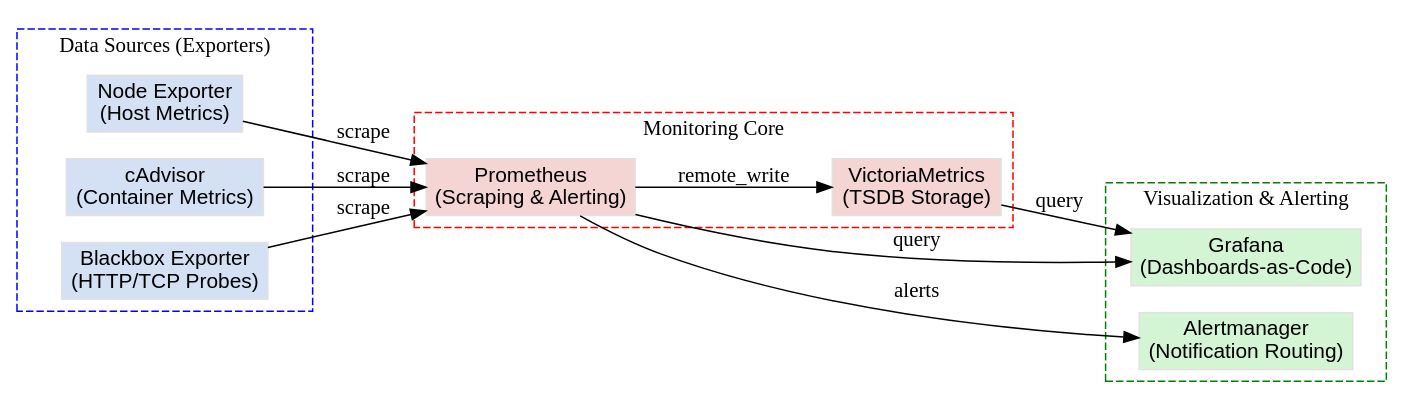
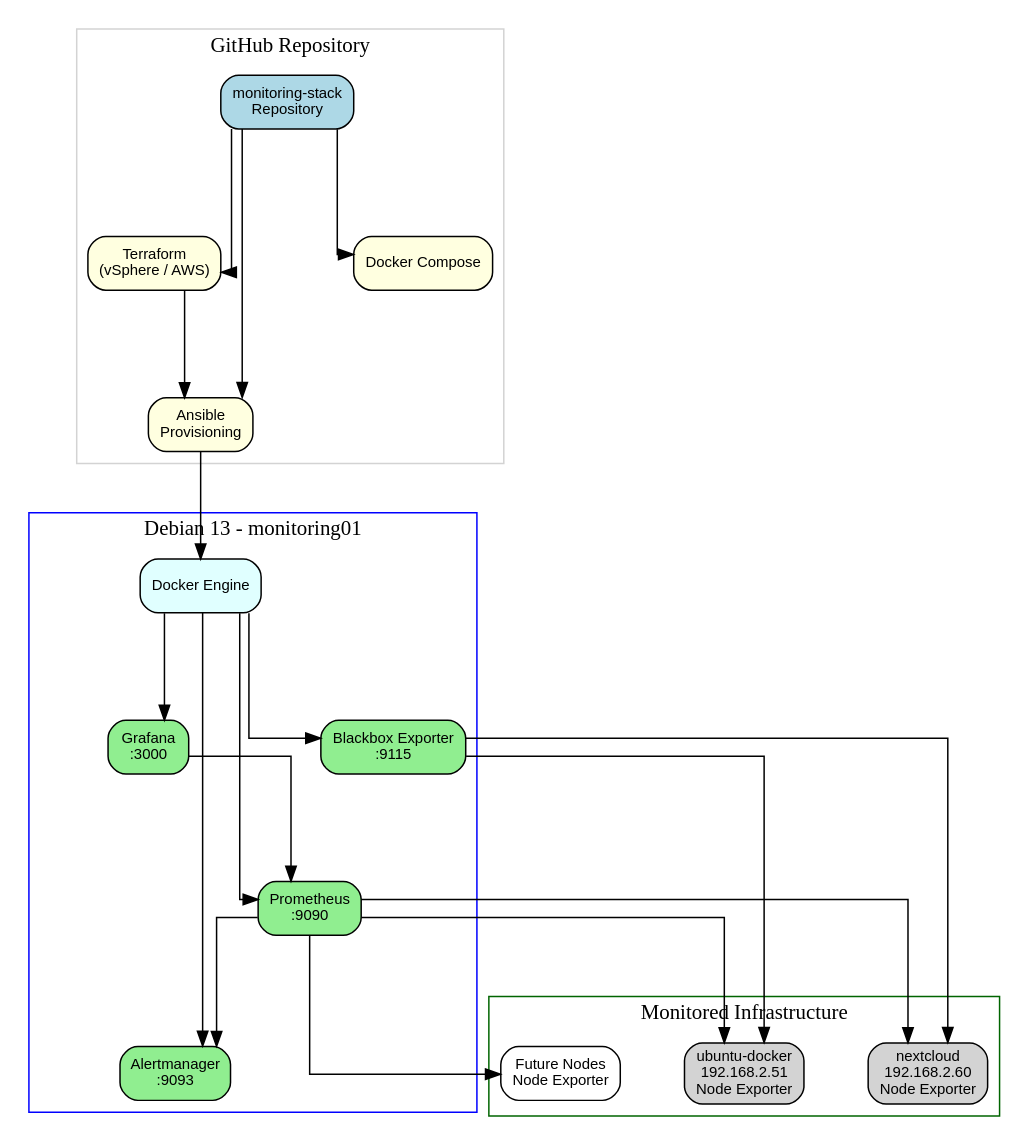
Before and after one commit to dj-3dub/monitoring-stack: the diagram in docs/architecture.dot, drawn with Graphviz. The commit also changed 27 other files, not shown here.

```diff
--- a/docs/architecture.dot
+++ b/docs/architecture.dot
@@ -1,44 +1,77 @@
 digraph G {
-    rankdir=LR;
-    node [shape=box, style=filled, color="#E1E1E1", fontname="Arial"];
-    compound=true;
 
-    subgraph cluster_exporters {
-        label = "Data Sources (Exporters)";
-        style = dashed;
-        color = blue;
-        node [fillcolor="#D4E1F5"];
-        node_exp [label="Node Exporter\n(Host Metrics)"];
-        cadvisor [label="cAdvisor\n(Container Metrics)"];
-        blackbox [label="Blackbox Exporter\n(HTTP/TCP Probes)"];
-    }
+rankdir=TB;
+splines=ortho;
+nodesep=0.6;
+ranksep=1.0;
 
-    subgraph cluster_core {
-        label = "Monitoring Core";
-        style = dashed;
-        color = red;
-        node [fillcolor="#F5D4D4"];
-        prom [label="Prometheus\n(Scraping & Alerting)"];
-        vic [label="VictoriaMetrics\n(TSDB Storage)"];
-    }
+graph [
+    bgcolor="white"
+];
 
-    subgraph cluster_output {
-        label = "Visualization & Alerting";
-        style = dashed;
-        color = green;
-        node [fillcolor="#D4F5D4"];
-        grafana [label="Grafana\n(Dashboards-as-Code)"];
-        alertmgr [label="Alertmanager\n(Notification Routing)"];
-    }
+node [
+    shape=box
+    style="rounded,filled"
+    fontname="Arial"
+    fontsize=10
+];
 
-    # Data Flow
-    node_exp -> prom [label="scrape"];
-    cadvisor -> prom [label="scrape"];
-    blackbox -> prom [label="scrape"];
-    
-    prom -> vic [label="remote_write"];
-    prom -> alertmgr [label="alerts"];
-    
-    vic -> grafana [label="query"];
-    prom -> grafana [label="query"];
+edge [
+    fontname="Arial"
+];
+
+subgraph cluster_repo {
+    label="GitHub Repository";
+    color=lightgrey;
+
+    repo [label="monitoring-stack\nRepository", fillcolor=lightblue];
+    tf [label="Terraform\n(vSphere / AWS)", fillcolor=lightyellow];
+    ansible [label="Ansible\nProvisioning", fillcolor=lightyellow];
+    compose [label="Docker Compose", fillcolor=lightyellow];
+
+    repo -> tf;
+    repo -> ansible;
+    repo -> compose;
 }
+
+subgraph cluster_vm {
+    label="Debian 13 - monitoring01";
+    color=blue;
+
+    docker [label="Docker Engine", fillcolor=lightcyan];
+
+    grafana [label="Grafana\n:3000", fillcolor=lightgreen];
+    prometheus [label="Prometheus\n:9090", fillcolor=lightgreen];
+    alertmanager [label="Alertmanager\n:9093", fillcolor=lightgreen];
+    blackbox [label="Blackbox Exporter\n:9115", fillcolor=lightgreen];
+
+    docker -> grafana;
+    docker -> prometheus;
+    docker -> alertmanager;
+    docker -> blackbox;
+}
+
+tf -> ansible;
+ansible -> docker;
+
+subgraph cluster_targets {
+    label="Monitored Infrastructure";
+    color=darkgreen;
+
+    docker_vm [label="ubuntu-docker\n192.168.2.51\nNode Exporter", fillcolor=lightgrey];
+
+    nextcloud_vm [label="nextcloud\n192.168.2.60\nNode Exporter", fillcolor=lightgrey];
+
+    future [label="Future Nodes\nNode Exporter", fillcolor=white];
+}
+
+prometheus -> docker_vm;
+prometheus -> nextcloud_vm;
+prometheus -> future;
+
+grafana -> prometheus;
+prometheus -> alertmanager;
+blackbox -> docker_vm;
+blackbox -> nextcloud_vm;
+
+}
```
